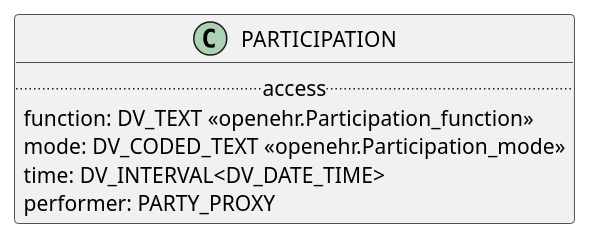
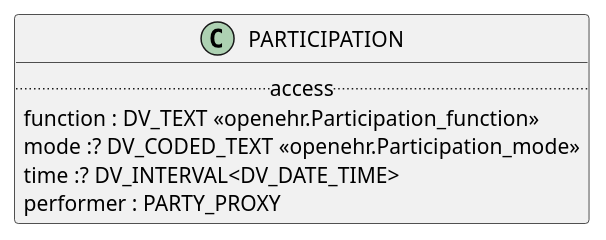
The diagram in modules/ROOT/examples/bmm/foundation/physical_entity/occurrent/occurrent-package-uml.adoc (wolandscat/openehr-doc), drawn with PlantUML before and after one commit. The commit also changed 1814 other files, not shown here.

```diff
--- a/modules/ROOT/examples/bmm/foundation/physical_entity/occurrent/occurrent-package-uml.adoc
+++ b/modules/ROOT/examples/bmm/foundation/physical_entity/occurrent/occurrent-package-uml.adoc
@@ -3,16 +3,15 @@
 [plantuml,opts=interactive,link=self]
 ....
 skinparam groupInheritance 2
 skinparam citedClassColor #FDFDFD
 
 
 class PARTICIPATION [[/openehr-doc/latest/foundation/physical_entity-gen.html#_class_participation]] {
         .. access ..
-        function: DV_TEXT «openehr.Participation_function»
-        mode: DV_CODED_TEXT «openehr.Participation_mode»
-        time: DV_INTERVAL<DV_DATE_TIME>
-        performer: PARTY_PROXY
+        function : DV_TEXT «openehr.Participation_function»
+        mode :? DV_CODED_TEXT «openehr.Participation_mode»
+        time :? DV_INTERVAL<DV_DATE_TIME>
+        performer : PARTY_PROXY
 }
 
-
 ....
```
